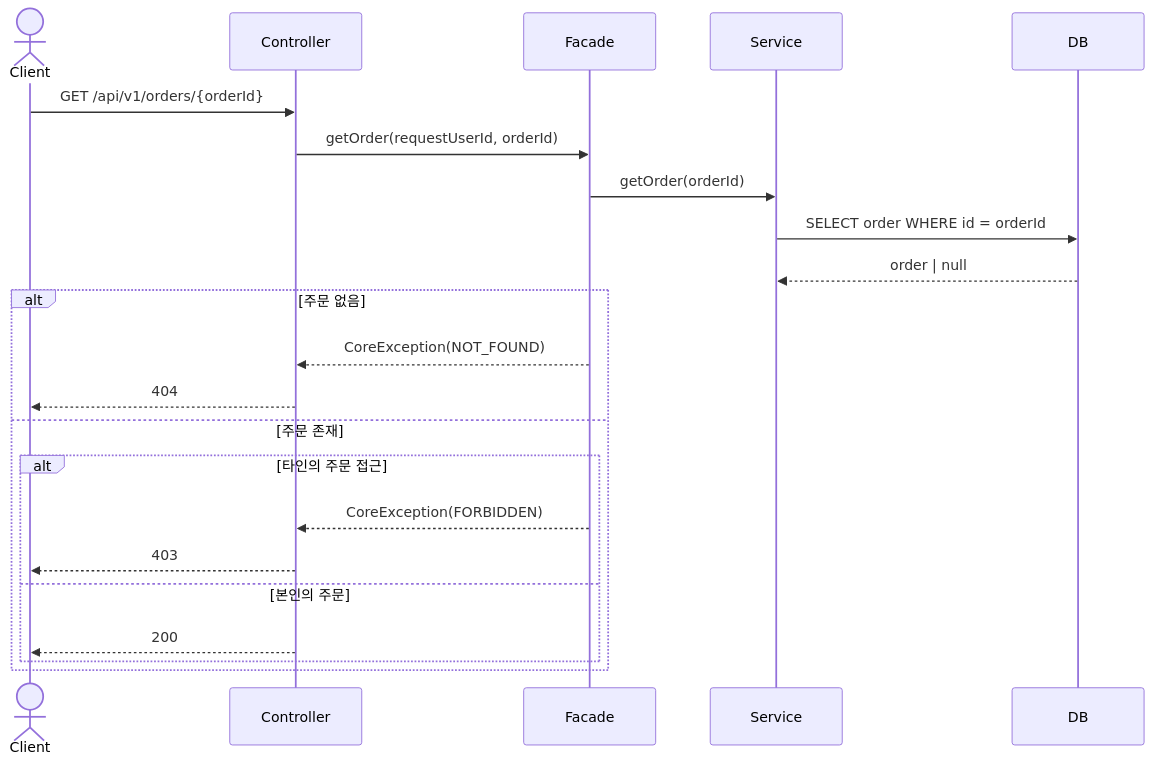
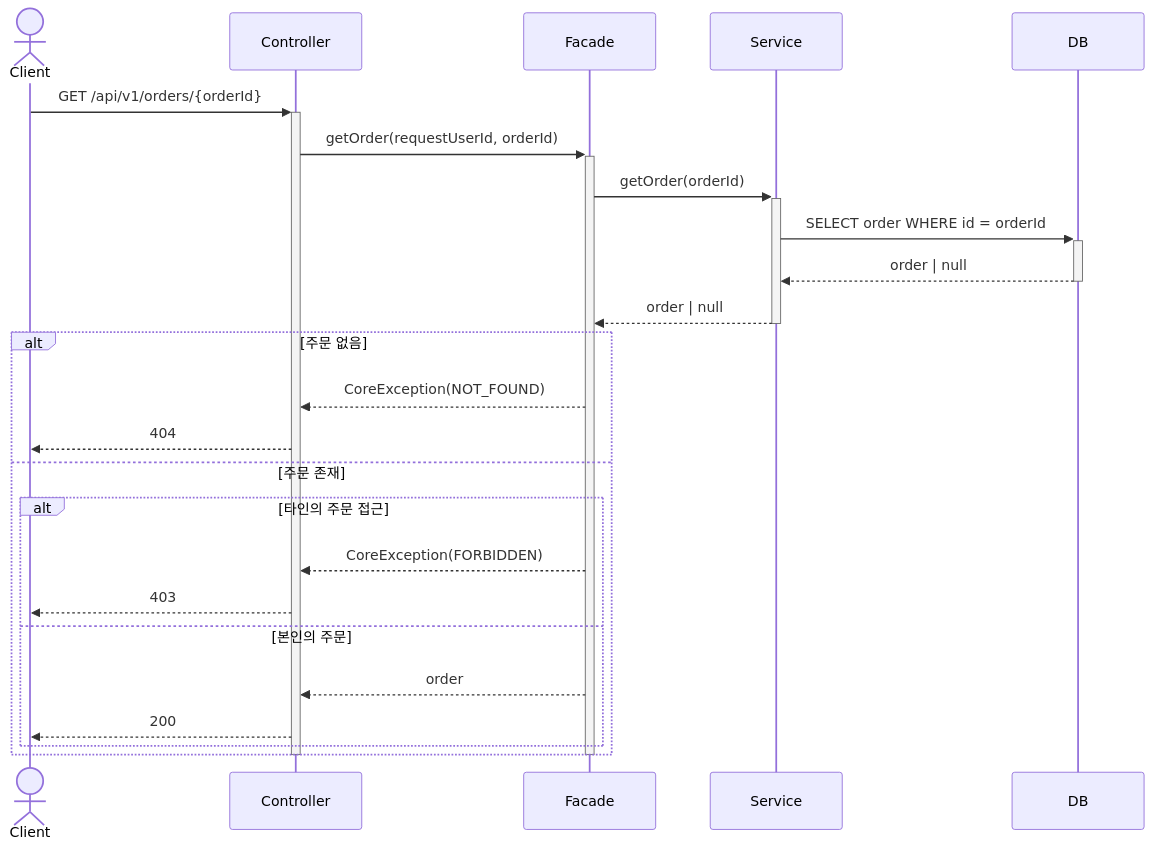
One commit to loopers-labs/loop-pack-be-l2-vol4-java changed the ninth of 21 diagrams in .docs/design/02-sequence-diagrams.md. Above: the diagram before and after it, drawn with Mermaid. The commit also changed other lines of this file, not shown here.

Commit message:
docs: 시퀀스 다이어그램 수정

````diff
--- a/.docs/design/02-sequence-diagrams.md
+++ b/.docs/design/02-sequence-diagrams.md
@@ -239,26 +271,30 @@
 ```mermaid
 sequenceDiagram
     actor Client
     participant Controller
     participant Facade
     participant Service
     participant DB
 
-    Client->>Controller: GET /api/v1/orders/{orderId}
-    Controller->>Facade: getOrder(requestUserId, orderId)
-    Facade->>Service: getOrder(orderId)
-    Service->>DB: SELECT order WHERE id = orderId
-    DB-->>Service: order | null
+    Client->>+Controller: GET /api/v1/orders/{orderId}
+    Controller->>+Facade: getOrder(requestUserId, orderId)
+    Facade->>+Service: getOrder(orderId)
+    Service->>+DB: SELECT order WHERE id = orderId
+    DB-->>-Service: order | null
+    Service-->>-Facade: order | null
 
     alt 주문 없음
         Facade-->>Controller: CoreException(NOT_FOUND)
         Controller-->>Client: 404
     else 주문 존재
         alt 타인의 주문 접근
             Facade-->>Controller: CoreException(FORBIDDEN)
             Controller-->>Client: 403
         else 본인의 주문
+            Facade-->>Controller: order
             Controller-->>Client: 200
         end
     end
+    deactivate Facade
+    deactivate Controller
 ```
````
